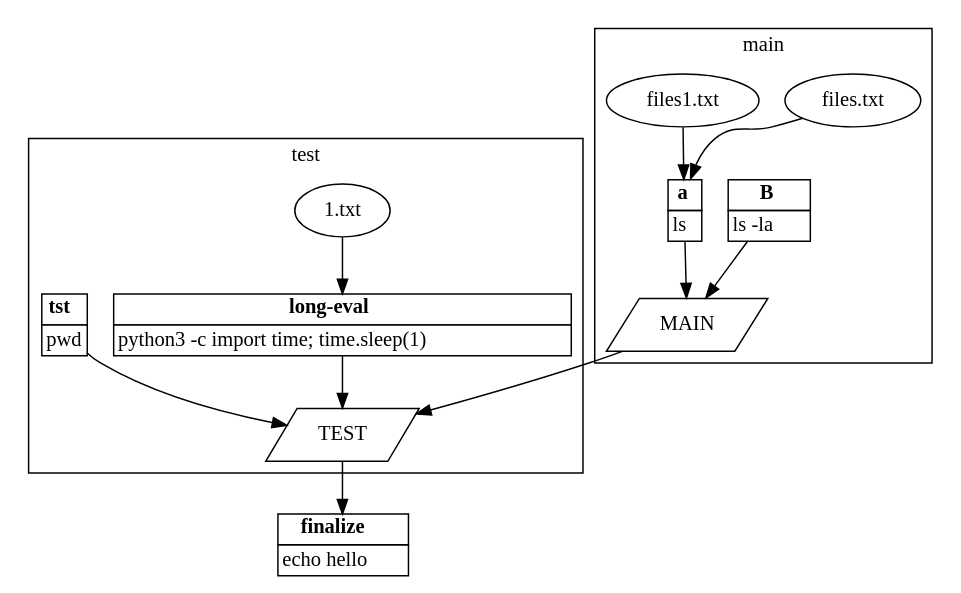
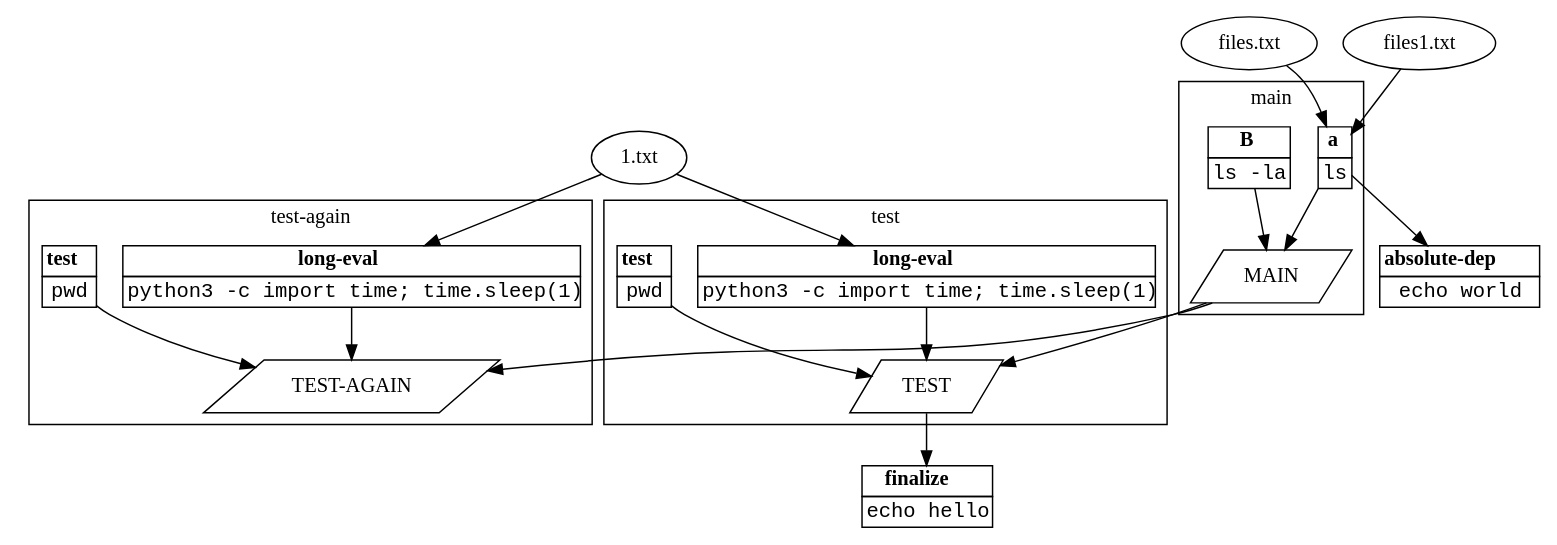
Before and after one commit to tivvit/yap: the diagram in graph.dot, drawn with Graphviz. The commit also changed 9 other files, not shown here.

```diff
--- a/graph.dot
+++ b/graph.dot
@@ -1,31 +1,44 @@
 digraph  {
-	subgraph cluster_s1 {
+	subgraph cluster_s0 {
+		ID = "cluster_s0";
+		label="main";
+		n4[label=<<table BORDER="0" CELLBORDER="1" CELLSPACING="0"><tr><td><b>B</b></td></tr><tr><td><font face="Courier New, Courier, monospace">ls -la</font></td></tr></table>>,shape="plain"];
+		n3[label="MAIN",shape="parallelogram"];
+		n5[label=<<table BORDER="0" CELLBORDER="1" CELLSPACING="0"><tr><td><b>a</b></td></tr><tr><td><font face="Courier New, Courier, monospace">ls</font></td></tr></table>>,shape="plain"];
+		
+	}subgraph cluster_s1 {
 		ID = "cluster_s1";
-		label="main";
-		n7[label=<<table BORDER="0" CELLBORDER="1" CELLSPACING="0"><tr><td><b>B</b></td></tr><tr><td><font face="Consolas">ls -la</font></td></tr></table>>,shape="plain"];
-		n6[label="MAIN",shape="parallelogram"];
-		n8[label=<<table BORDER="0" CELLBORDER="1" CELLSPACING="0"><tr><td><b>a</b></td></tr><tr><td><font face="Consolas">ls</font></td></tr></table>>,shape="plain"];
-		n9[label="files.txt"];
-		n10[label="files1.txt"];
+		label="test";
+		n8[label="TEST",shape="parallelogram"];
+		n10[label=<<table BORDER="0" CELLBORDER="1" CELLSPACING="0"><tr><td><b>long-eval</b></td></tr><tr><td><font face="Courier New, Courier, monospace">python3 -c import time; time.sleep(1)</font></td></tr></table>>,shape="plain"];
+		n9[label=<<table BORDER="0" CELLBORDER="1" CELLSPACING="0"><tr><td><b>test</b></td></tr><tr><td><font face="Courier New, Courier, monospace">pwd</font></td></tr></table>>,shape="plain"];
 		
-	}subgraph cluster_s0 {
-		ID = "cluster_s0";
-		label="test";
-		n3[label="1.txt"];
-		n1[label="TEST",shape="parallelogram"];
-		n2[label=<<table BORDER="0" CELLBORDER="1" CELLSPACING="0"><tr><td><b>long-eval</b></td></tr><tr><td><font face="Consolas">python3 -c import time; time.sleep(1)</font></td></tr></table>>,shape="plain"];
-		n4[label=<<table BORDER="0" CELLBORDER="1" CELLSPACING="0"><tr><td><b>tst</b></td></tr><tr><td><font face="Consolas">pwd</font></td></tr></table>>,shape="plain"];
+	}subgraph cluster_s2 {
+		ID = "cluster_s2";
+		label="test-again";
+		n12[label="TEST-AGAIN",shape="parallelogram"];
+		n14[label=<<table BORDER="0" CELLBORDER="1" CELLSPACING="0"><tr><td><b>long-eval</b></td></tr><tr><td><font face="Courier New, Courier, monospace">python3 -c import time; time.sleep(1)</font></td></tr></table>>,shape="plain"];
+		n13[label=<<table BORDER="0" CELLBORDER="1" CELLSPACING="0"><tr><td><b>test</b></td></tr><tr><td><font face="Courier New, Courier, monospace">pwd</font></td></tr></table>>,shape="plain"];
 		
 	}
-	n5[label=<<table BORDER="0" CELLBORDER="1" CELLSPACING="0"><tr><td><b>finalize</b></td></tr><tr><td><font face="Consolas">echo hello</font></td></tr></table>>,shape="plain"];
-	n3->n2;
-	n7->n6;
-	n6->n1;
-	n1->n5;
-	n8->n6;
+	n11[label="1.txt"];
+	n2[label=<<table BORDER="0" CELLBORDER="1" CELLSPACING="0"><tr><td><b>absolute-dep</b></td></tr><tr><td><font face="Courier New, Courier, monospace">echo world</font></td></tr></table>>,shape="plain"];
+	n6[label="files.txt"];
+	n7[label="files1.txt"];
+	n1[label=<<table BORDER="0" CELLBORDER="1" CELLSPACING="0"><tr><td><b>finalize</b></td></tr><tr><td><font face="Courier New, Courier, monospace">echo hello</font></td></tr></table>>,shape="plain"];
+	n11->n10;
+	n11->n14;
+	n4->n3;
+	n3->n8;
+	n3->n12;
+	n8->n1;
+	n5->n2;
+	n5->n3;
+	n6->n5;
+	n7->n5;
+	n10->n8;
+	n14->n12;
 	n9->n8;
-	n10->n8;
-	n2->n1;
-	n4->n1;
+	n13->n12;
 	
 }
```
